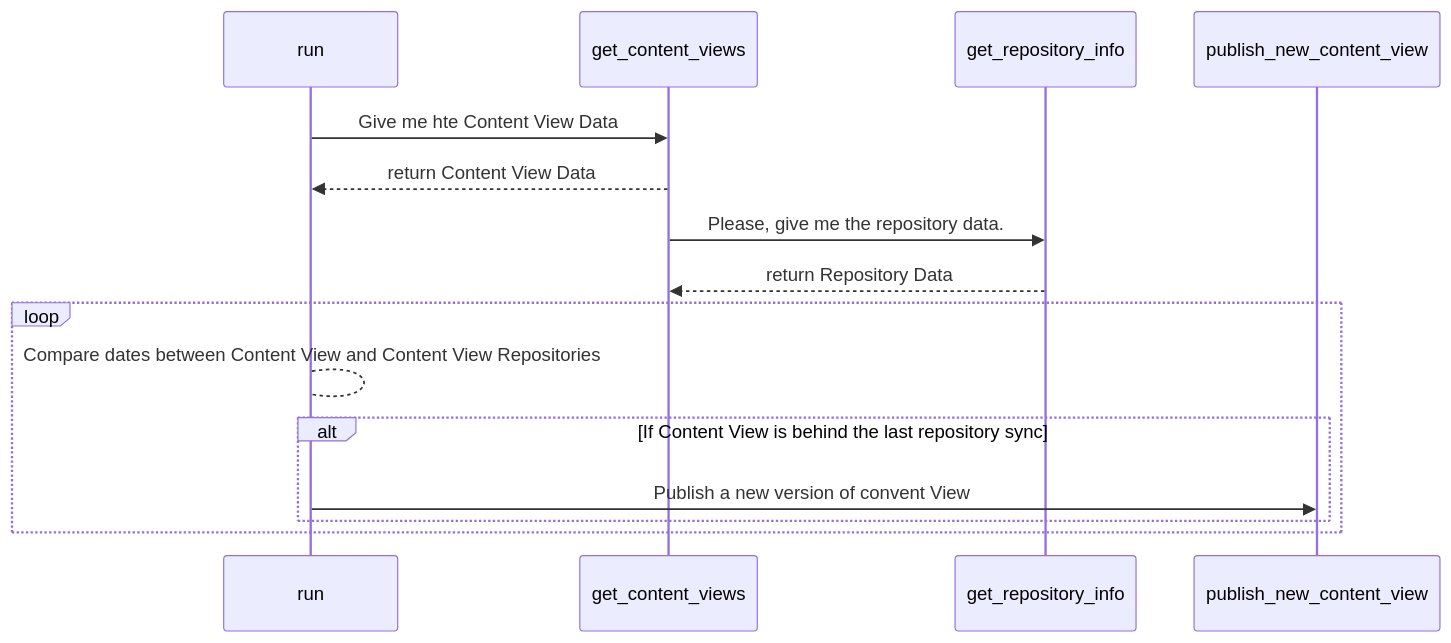
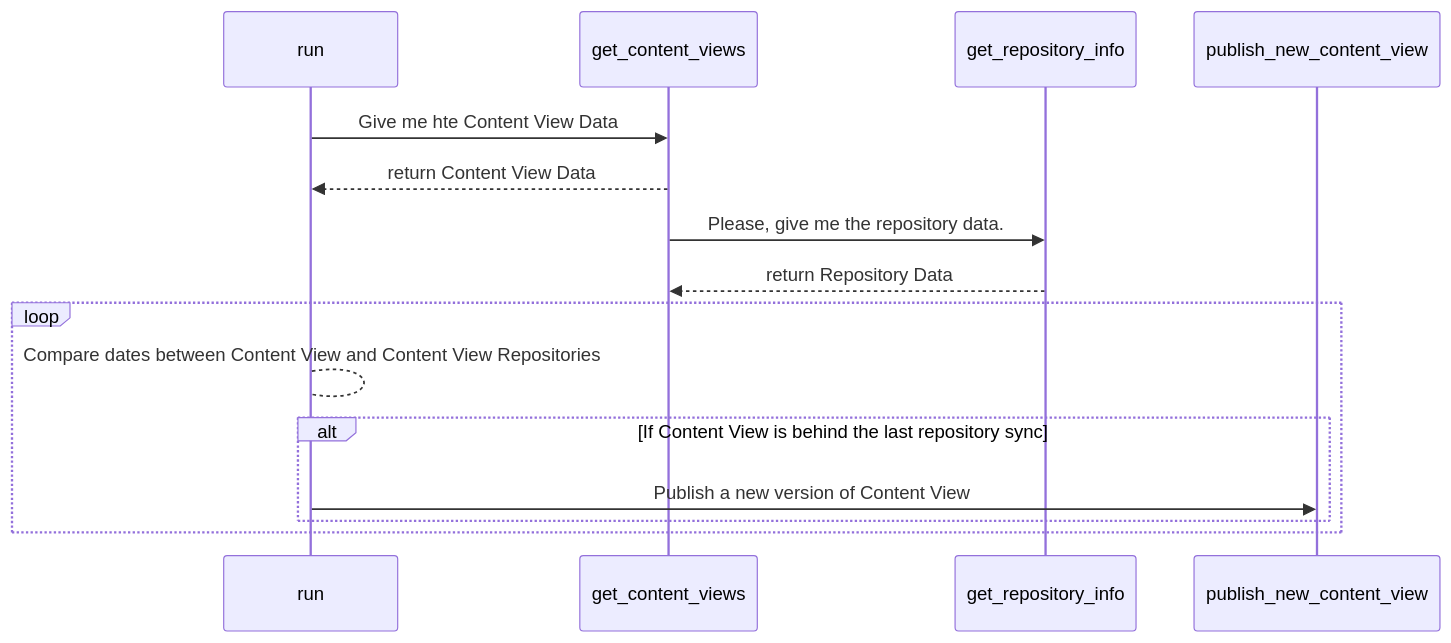
The diagram in README.md (ambrisolla/katello-publish-content-view), drawn with Mermaid before and after one commit.

Commit message:
add script

````diff
--- a/README.md
+++ b/README.md
@@ -52,14 +52,14 @@
 ```mermaid
 sequenceDiagram
     run->>get_content_views: Give me hte Content View Data
     get_content_views-->>run: return Content View Data
     get_content_views->>get_repository_info: Please, give me the repository data.
     get_repository_info-->>get_content_views: return Repository Data
     loop
       run-->run:Compare dates between Content View and Content View Repositories
       alt If Content View is behind the last repository sync
-          run->>publish_new_content_view: Publish a new version of convent View
+          run->>publish_new_content_view: Publish a new version of Content View
       end
     end
     
 ```
````
